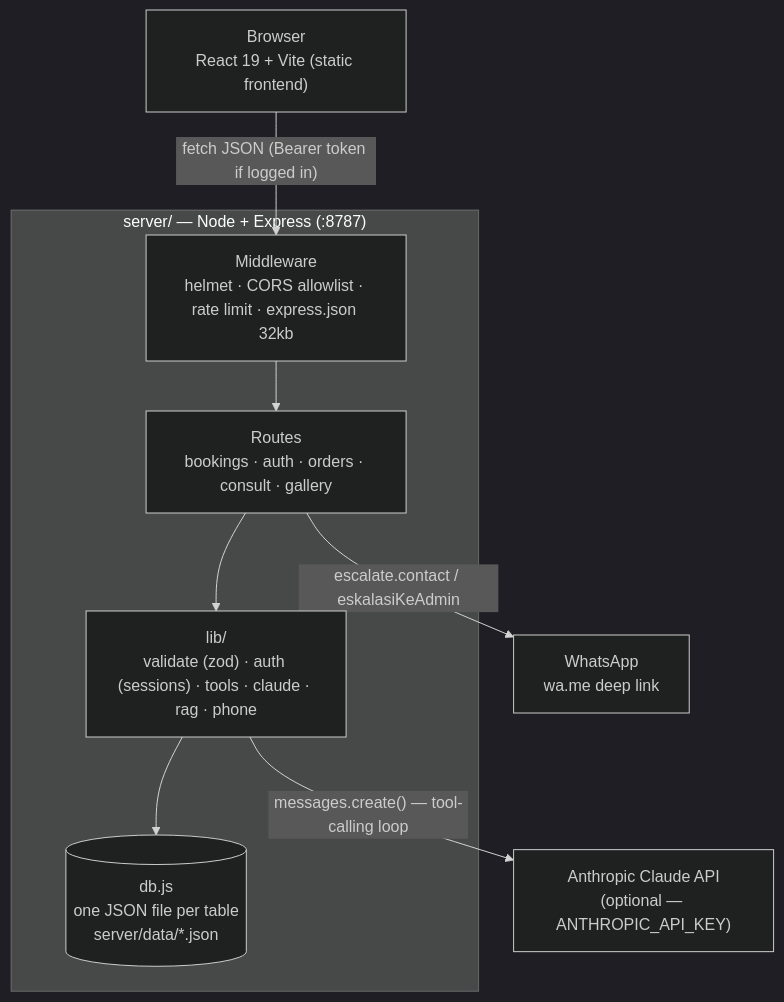
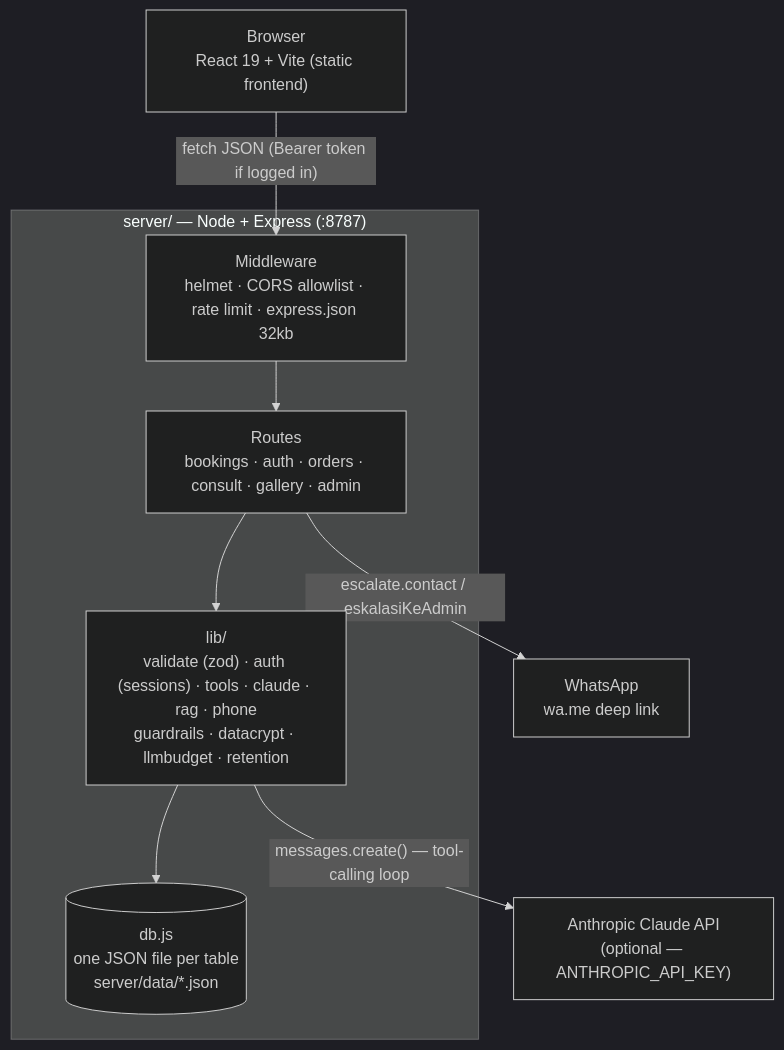
The second of 8 diagrams in docs/konsultasi-ai/API-SCHEMA.en.md (Bajoel32/bajoel32), drawn with Mermaid (dark theme) before and after one commit. The commit also changed other lines of this file and 28 other files, not shown here.

````diff
--- a/docs/konsultasi-ai/API-SCHEMA.en.md
+++ b/docs/konsultasi-ai/API-SCHEMA.en.md
@@ -72,18 +72,18 @@
 ```mermaid
 flowchart TB
     Browser["Browser<br/>React 19 + Vite (static frontend)"]
 
     subgraph Server["server/ — Node + Express (:8787)"]
         MW["Middleware<br/>helmet · CORS allowlist · rate limit · express.json 32kb"]
-        Routes["Routes<br/>bookings · auth · orders · consult · gallery"]
-        Lib["lib/<br/>validate (zod) · auth (sessions) · tools · claude · rag · phone"]
+        Routes["Routes<br/>bookings · auth · orders · consult · gallery · admin"]
+        Lib["lib/<br/>validate (zod) · auth (sessions) · tools · claude · rag · phone<br/>guardrails · datacrypt · llmbudget · retention"]
         DB[("db.js<br/>one JSON file per table<br/>server/data/*.json")]
     end
 
     Claude["Anthropic Claude API<br/>(optional — ANTHROPIC_API_KEY)"]
     WA["WhatsApp<br/>wa.me deep link"]
 
     Browser -->|"fetch JSON (Bearer token if logged in)"| MW --> Routes --> Lib --> DB
     Lib -->|"messages.create() — tool-calling loop"| Claude
     Routes -->|"escalate.contact / eskalasiKeAdmin"| WA
 ```
````
